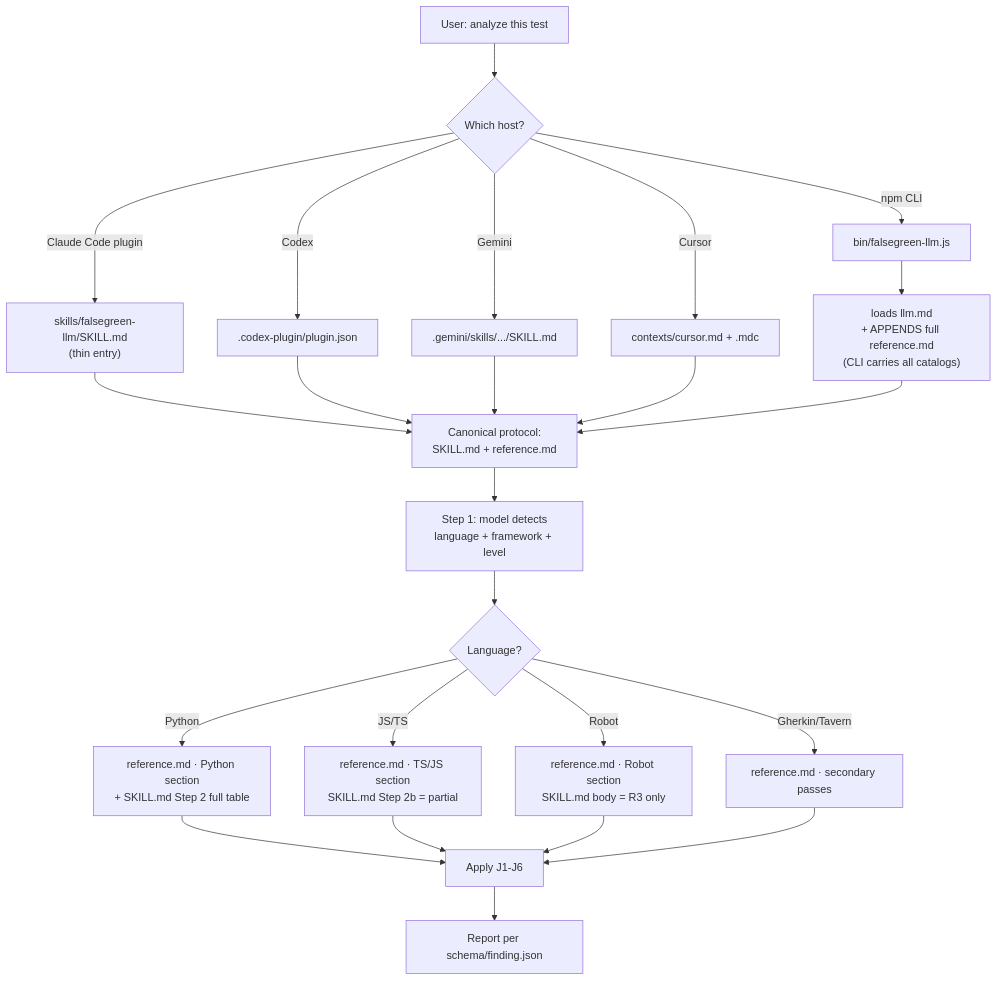
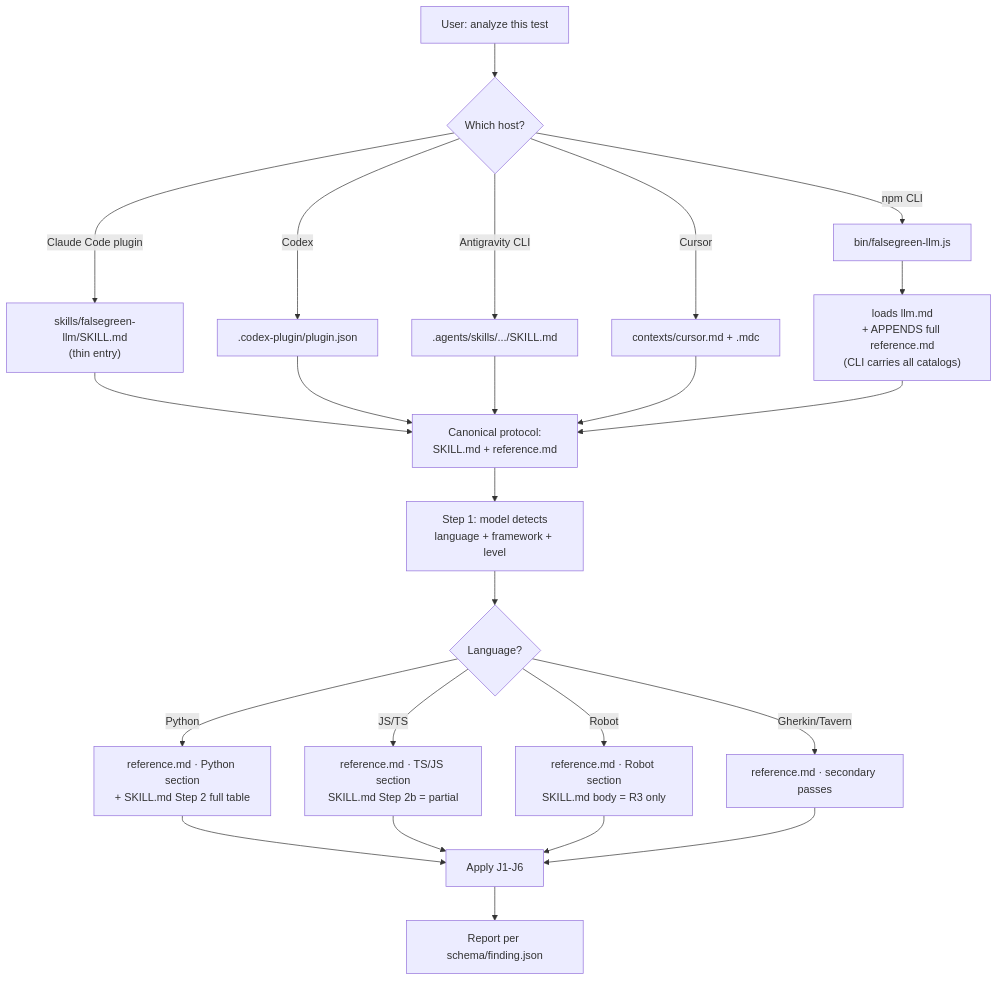
One commit to vinicq/falsegreen-skill changed the first of 4 diagrams in docs/architecture.md. Above: the diagram before and after it, drawn with Mermaid. The commit also changed 19 other files, not shown here.

````diff
--- a/docs/architecture.md
+++ b/docs/architecture.md
@@ -42,26 +42,26 @@
 ```mermaid
 flowchart TD
     U["User: analyze this test"] --> H{Which host?}
     H -->|Claude Code plugin| P1["skills/falsegreen-llm/SKILL.md<br/>(thin entry)"]
     H -->|Codex| P2[".codex-plugin/plugin.json"]
-    H -->|Gemini| P3[".gemini/skills/.../SKILL.md"]
+    H -->|Antigravity CLI| P3[".agents/skills/.../SKILL.md"]
     H -->|Cursor| P4["contexts/cursor.md + .mdc"]
     H -->|npm CLI| P5["bin/falsegreen-llm.js"]
     P1 --> C["Canonical protocol:<br/>SKILL.md + reference.md"]
     P2 --> C
     P3 --> C
     P4 --> C
     P5 --> C5A["loads llm.md<br/>+ APPENDS full reference.md<br/>(CLI carries all catalogs)"]
     C5A --> C
     C --> L["Step 1: model detects<br/>language + framework + level"]
     L --> LR{Language?}
     LR -->|Python| RPY["reference.md · Python section<br/>+ SKILL.md Step 2 full table"]
     LR -->|JS/TS| RJS["reference.md · TS/JS section<br/>SKILL.md Step 2b = partial"]
     LR -->|Robot| RRB["reference.md · Robot section<br/>SKILL.md body = R3 only"]
     LR -->|Gherkin/Tavern| ROT["reference.md · secondary passes"]
     RPY --> J["Apply J1-J6"]
     RJS --> J
     RRB --> J
     ROT --> J
     J --> OUT["Report per schema/finding.json"]
 ```
````
